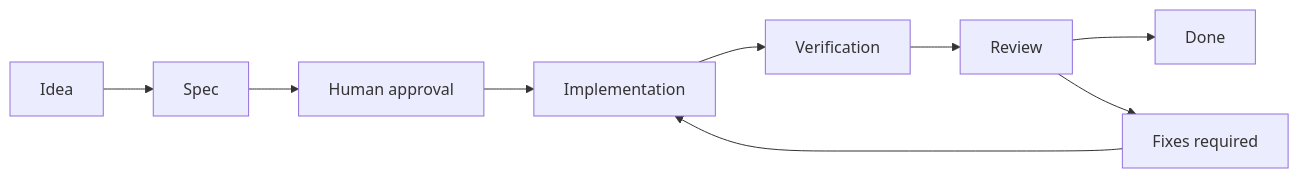
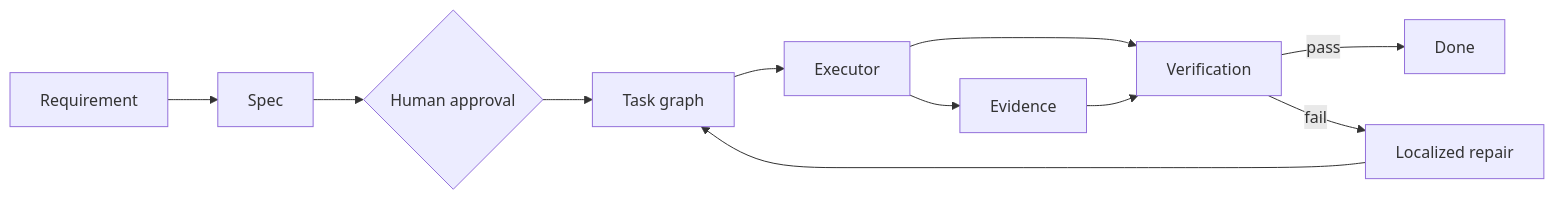
Before and after one commit to BernydotJar/Graph-harness-sdlc: the diagram in README.md, drawn with Mermaid. The commit also changed other lines of this file and 12 other files, not shown here.

Commit message:
feat: evolve harness into executable graph SDLC

````diff
--- a/README.md
+++ b/README.md
@@ -31,11 +15,13 @@
 ```mermaid
 flowchart LR
-  idea[Idea] --> spec[Spec]
-  spec --> approval[Human approval]
-  approval --> build[Implementation]
-  build --> verify[Verification]
-  verify --> review[Review]
-  review --> ship[Done]
-  review --> fixes[Fixes required]
-  fixes --> build
+  R[Requirement] --> S[Spec]
+  S --> A{Human approval}
+  A --> T[Task graph]
+  T --> E[Executor]
+  E --> V[Verification]
+  V -->|pass| D[Done]
+  V -->|fail| F[Localized repair]
+  F --> T
+  E --> X[Evidence]
+  X --> V
 ```
````
